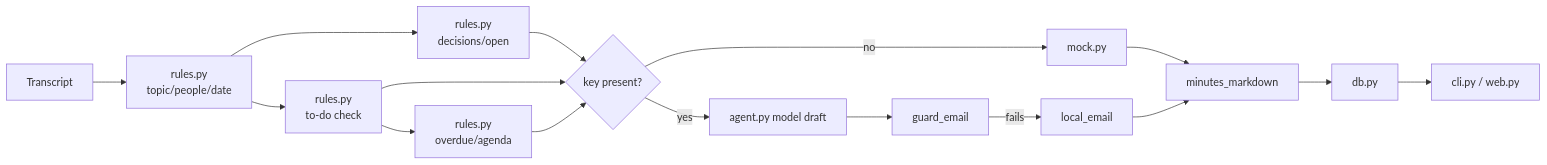
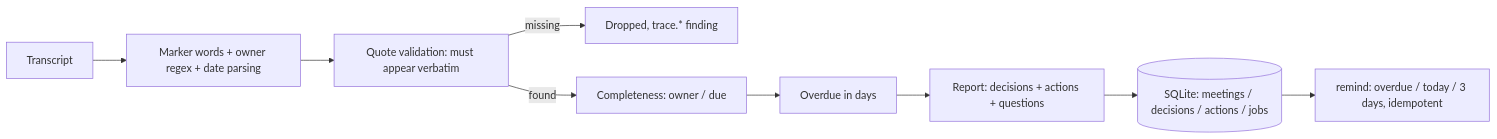
Before and after one commit to wushiyi105-jpg/jiyao: the diagram in README.en.md, drawn with Mermaid. The commit also changed other lines of this file and 63 other files, not shown here.

````diff
--- a/README.en.md
+++ b/README.en.md
@@ -163,18 +88,11 @@
 ```mermaid
 flowchart LR
-    A[Transcript] --> B[rules.py<br/>topic/people/date]
-    B --> C[rules.py<br/>decisions/open]
-    B --> D[rules.py<br/>to-do check]
-    D --> E[rules.py<br/>overdue/agenda]
-    C --> F{key present?}
-    D --> F
-    E --> F
-    F -->|no| G[mock.py]
-    F -->|yes| H[agent.py model draft]
-    H --> I[guard_email]
-    I -->|fails| J[local_email]
-    G --> K[minutes_markdown]
-    J --> K
-    K --> L[db.py]
-    L --> M[cli.py / web.py]
+    A[Transcript] --> B[Marker words + owner regex + date parsing]
+    B --> C[Quote validation: must appear verbatim]
+    C -- missing --> X[Dropped, trace.* finding]
+    C -- found --> D[Completeness: owner / due]
+    D --> E[Overdue in days]
+    E --> F[Report: decisions + actions + questions]
+    F --> G[(SQLite: meetings / decisions / actions / jobs)]
+    G --> H[remind: overdue / today / 3 days, idempotent]
 ```
````
